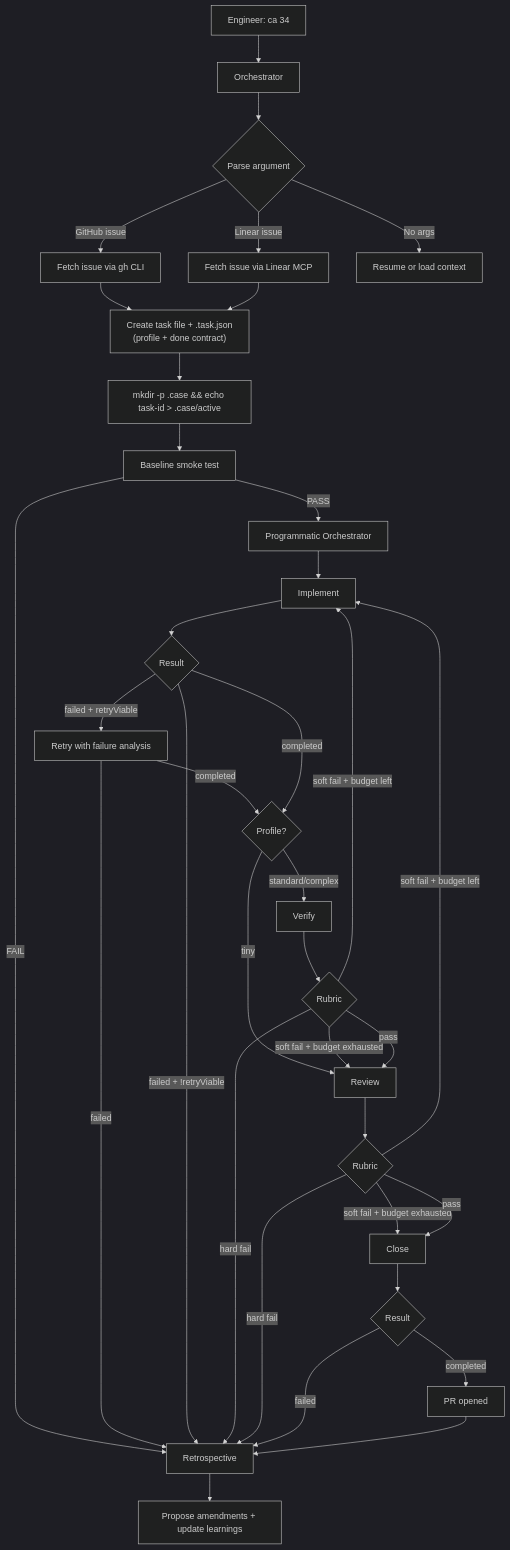
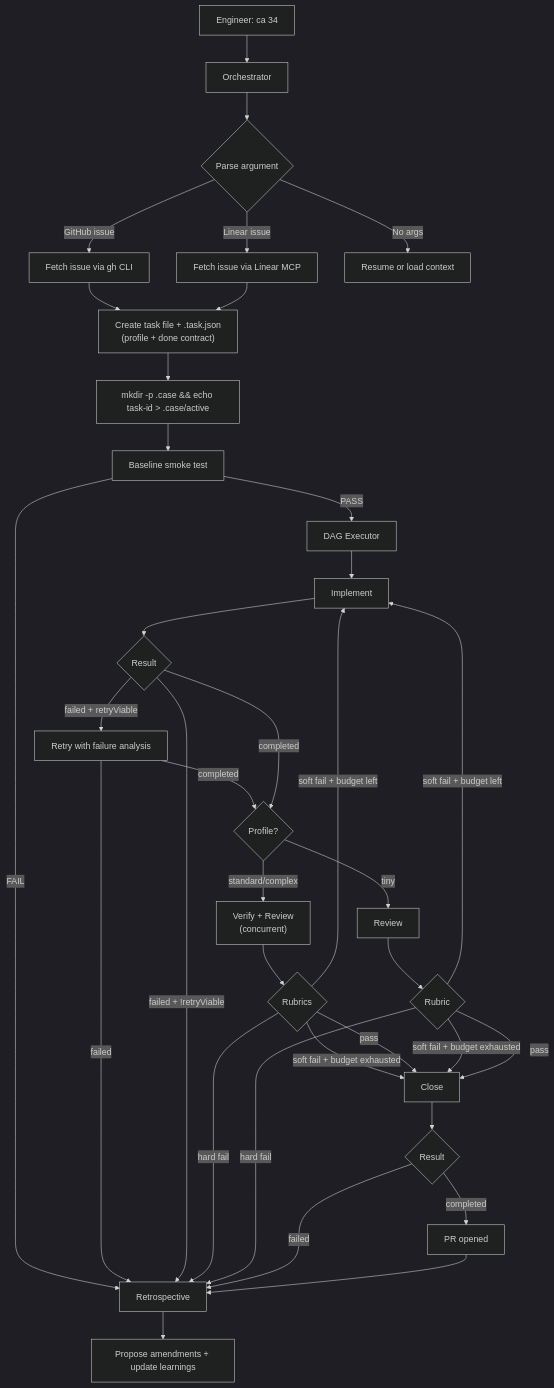
One commit to workos/case changed the first of 2 diagrams in README.md. Above: the diagram before and after it, drawn with Mermaid (dark theme). The commit also changed other lines of this file and 92 other files, not shown here.

First line of the commit message:
feat(pipeline-v2): event log, AST enforcement, DAG executor (#8)

````diff
--- a/README.md
+++ b/README.md
@@ -56,45 +56,45 @@
 ```mermaid
 graph TD
     A["Engineer: ca 34"] --> B["Orchestrator"]
     B --> C{Parse argument}
     C -->|GitHub issue| D["Fetch issue via gh CLI"]
     C -->|Linear issue| E["Fetch issue via Linear MCP"]
     C -->|No args| F["Resume or load context"]
 
     D --> G["Create task file + .task.json\n(profile + done contract)"]
     E --> G
     G --> H["mkdir -p .case && echo task-id > .case/active"]
     H --> I["Baseline smoke test"]
     I -->|FAIL| RETRO["Retrospective"]
-    I -->|PASS| ORCH["Programmatic Orchestrator"]
+    I -->|PASS| ORCH["DAG Executor"]
 
     ORCH --> J["Implement"]
     J --> K{"Result"}
     K -->|failed + retryViable| J2["Retry with failure analysis"]
     J2 -->|failed| RETRO
     J2 -->|completed| L{"Profile?"}
     K -->|completed| L
     K -->|failed + !retryViable| RETRO
 
     L -->|tiny| N["Review"]
-    L -->|standard/complex| M["Verify"]
+    L -->|standard/complex| MN["Verify + Review\n(concurrent)"]
 
-    M --> MR{"Rubric"}
-    MR -->|hard fail| RETRO
-    MR -->|soft fail + budget left| J
-    MR -->|soft fail + budget exhausted| N
-    MR -->|pass| N
+    MN --> MNR{"Rubrics"}
+    MNR -->|hard fail| RETRO
+    MNR -->|soft fail + budget left| J
+    MNR -->|soft fail + budget exhausted| P["Close"]
+    MNR -->|pass| P
 
     N --> O{"Rubric"}
     O -->|hard fail| RETRO
     O -->|soft fail + budget left| J
-    O -->|soft fail + budget exhausted| P["Close"]
+    O -->|soft fail + budget exhausted| P
     O -->|pass| P
 
     P --> Q{"Result"}
     Q -->|failed| RETRO
     Q -->|completed| R["PR opened"]
 
     R --> RETRO
     RETRO --> S["Propose amendments + update learnings"]
 ```
````
